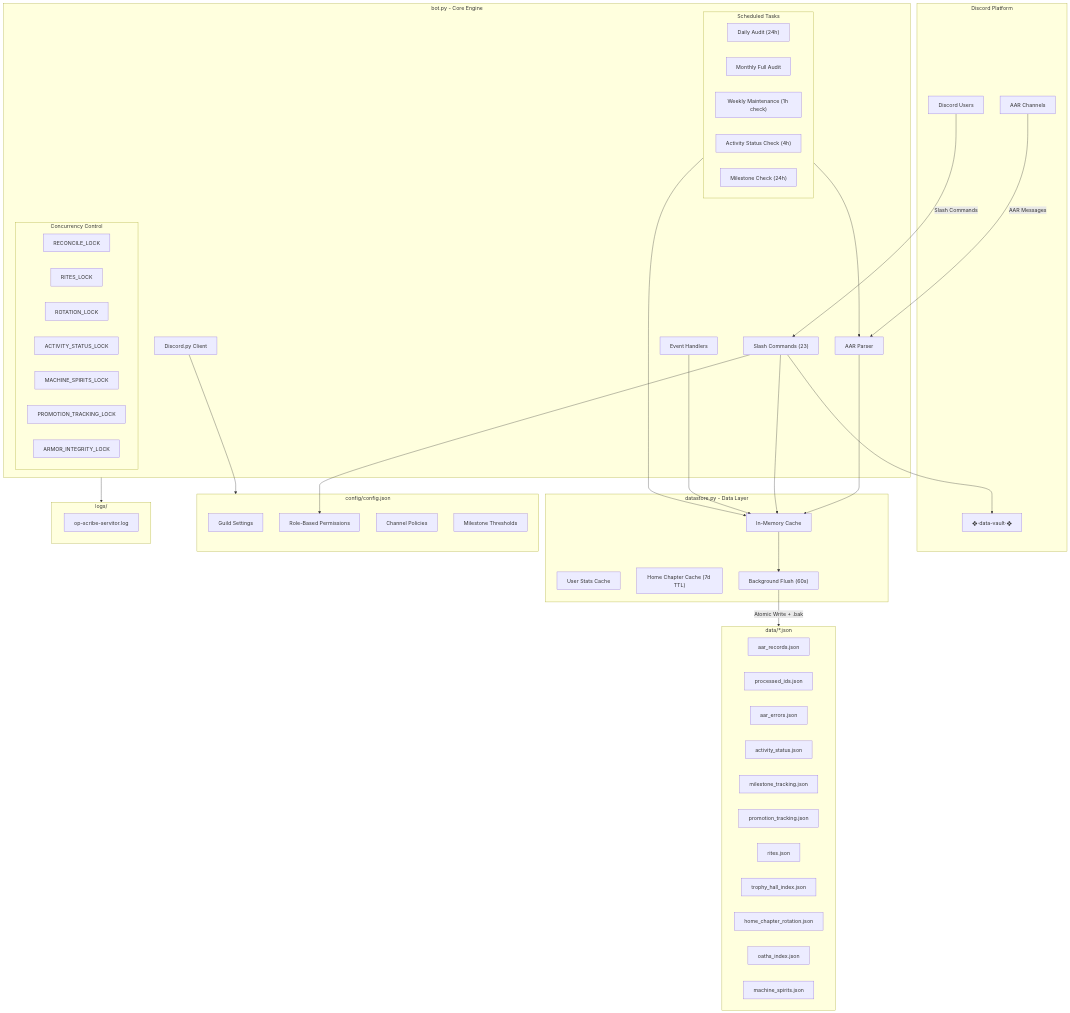
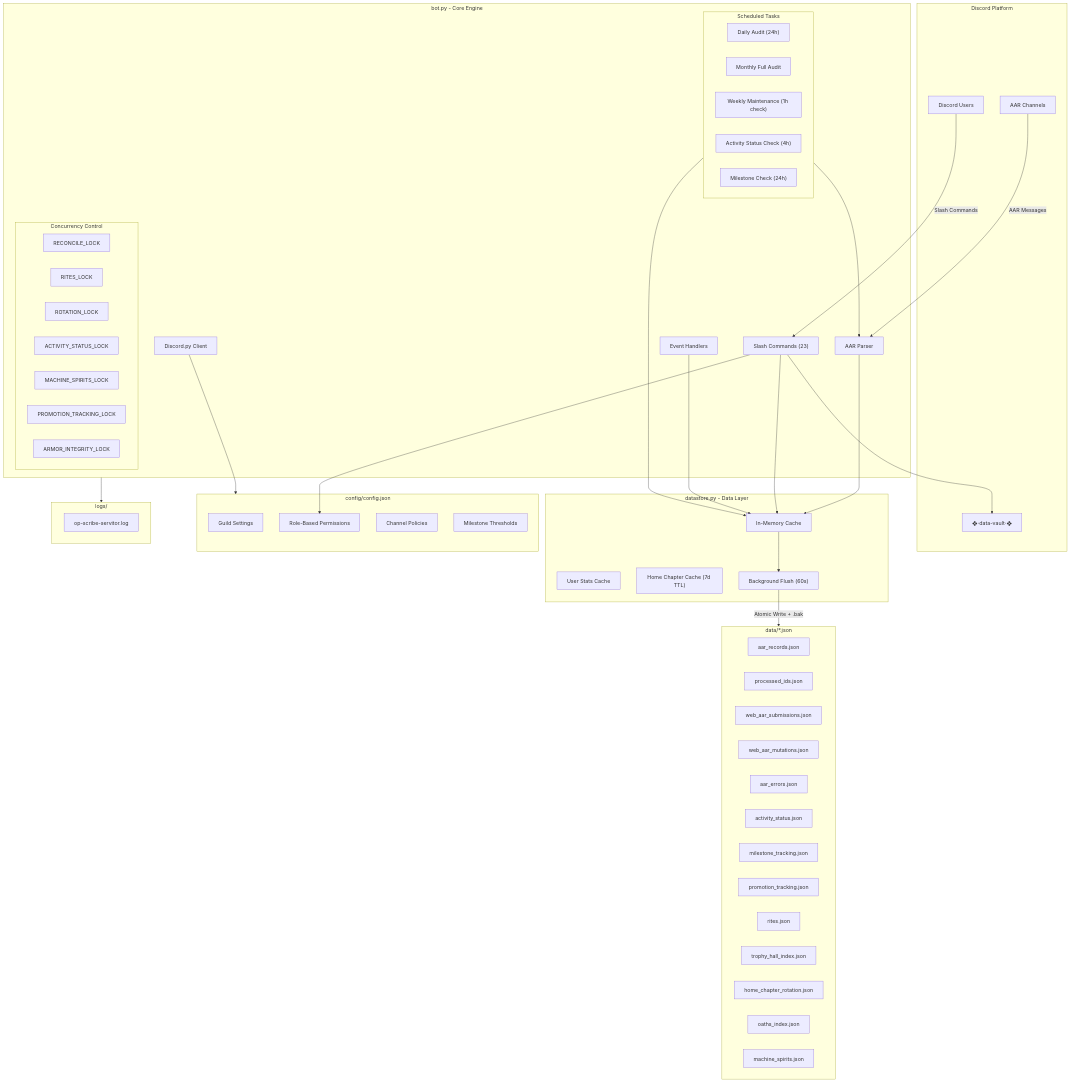
The diagram in ARCHITECTURE.md (wfj-dev/op-scribe-servitor), drawn with Mermaid before and after one commit. The commit also changed 7 other files, not shown here.

```diff
--- a/ARCHITECTURE.md
+++ b/ARCHITECTURE.md
@@ -51,6 +51,8 @@
     subgraph Data["data/*.json"]
         AARRecords["aar_records.json"]
         ProcessedIDs["processed_ids.json"]
+        WebAARSubmissions["web_aar_submissions.json"]
+        WebAARMutations["web_aar_mutations.json"]
         AARErrors["aar_errors.json"]
         ActivityStatus["activity_status.json"]
         MilestoneTracking["milestone_tracking.json"]
```
